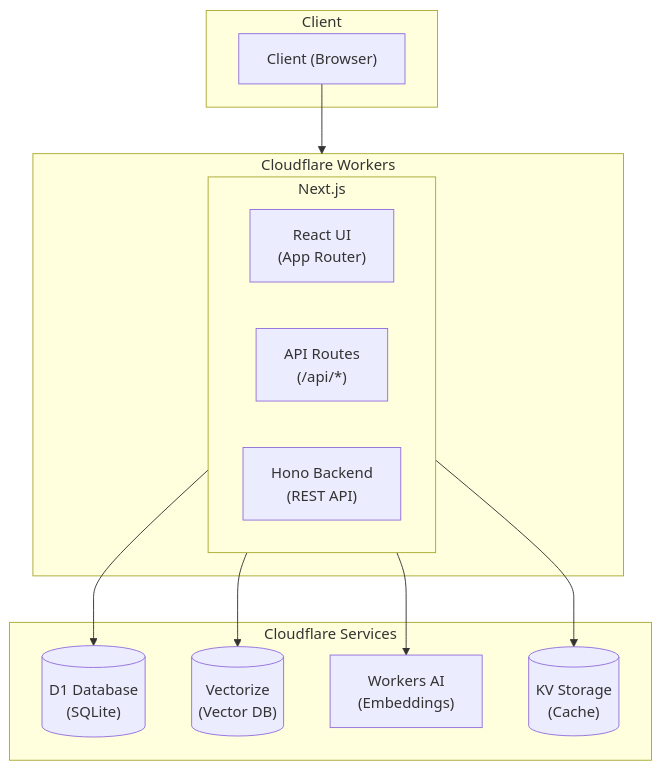
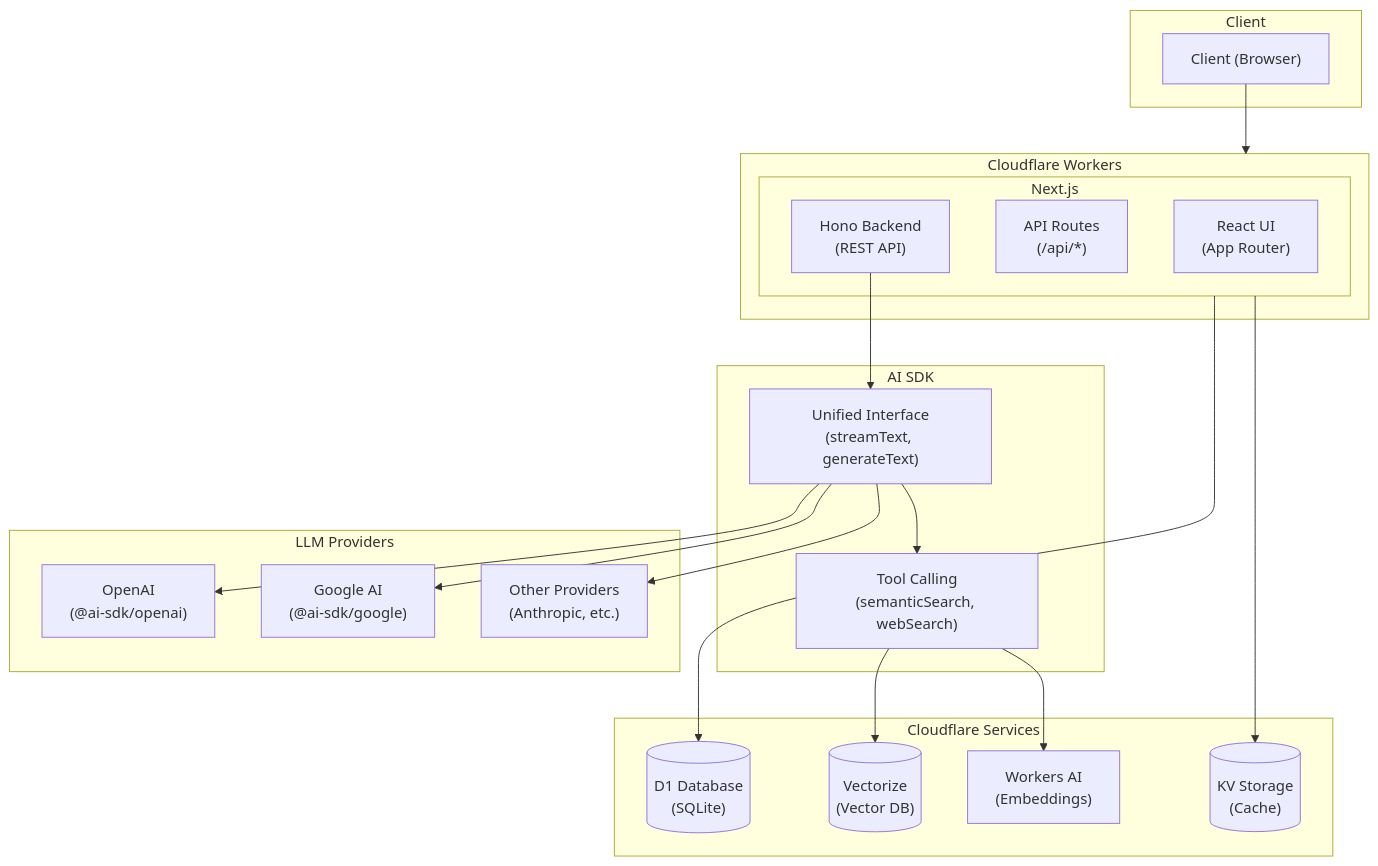
One commit to justccuong/aihub changed the first of 3 diagrams in README.md. Above: the diagram before and after it, drawn with Mermaid. The commit also changed other lines of this file, not shown here.

````diff
--- a/README.md
+++ b/README.md
@@ -31,27 +31,43 @@
 ```mermaid
 flowchart TB
     subgraph Client
         Browser["Client (Browser)"]
     end
     
     subgraph CF["Cloudflare Workers"]
         subgraph NextJS["Next.js"]
             ReactUI["React UI<br/>(App Router)"]
             APIRoutes["API Routes<br/>(/api/*)"]
             Hono["Hono Backend<br/>(REST API)"]
         end
     end
     
+    subgraph AISDK["AI SDK"]
+        SDK["Unified Interface<br/>(streamText, generateText)"]
+        Tools["Tool Calling<br/>(semanticSearch, webSearch)"]
+    end
+    
+    subgraph Providers["LLM Providers"]
+        OpenAI["OpenAI<br/>(@ai-sdk/openai)"]
+        Google["Google AI<br/>(@ai-sdk/google)"]
+        Others["Other Providers<br/>(Anthropic, etc.)"]
+    end
+    
     subgraph Services["Cloudflare Services"]
         D1[("D1 Database<br/>(SQLite)")]
         Vectorize[("Vectorize<br/>(Vector DB)")]
         WorkersAI["Workers AI<br/>(Embeddings)"]
         KV[("KV Storage<br/>(Cache)")]
     end
     
     Browser --> CF
+    Hono --> SDK
+    SDK --> Tools
+    SDK --> OpenAI
+    SDK --> Google
+    SDK --> Others
+    Tools --> Vectorize
+    Tools --> WorkersAI
     NextJS --> D1
-    NextJS --> Vectorize
-    NextJS --> WorkersAI
     NextJS --> KV
 ```
````
